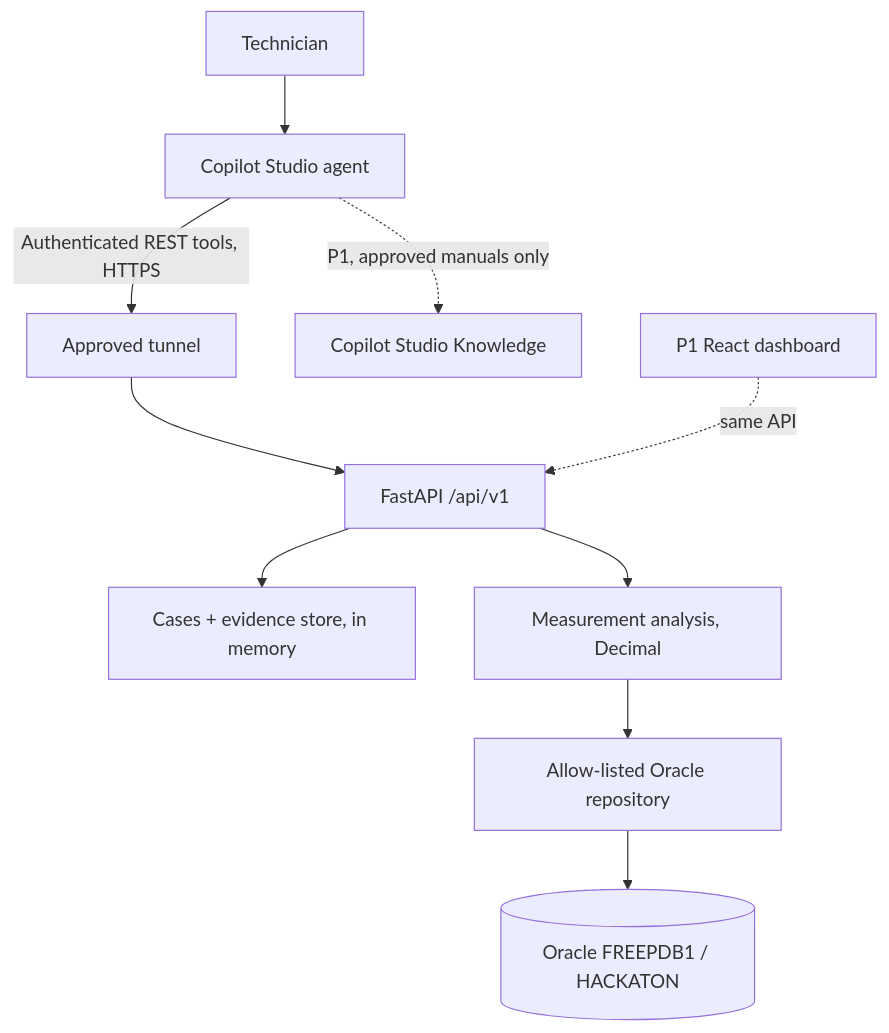
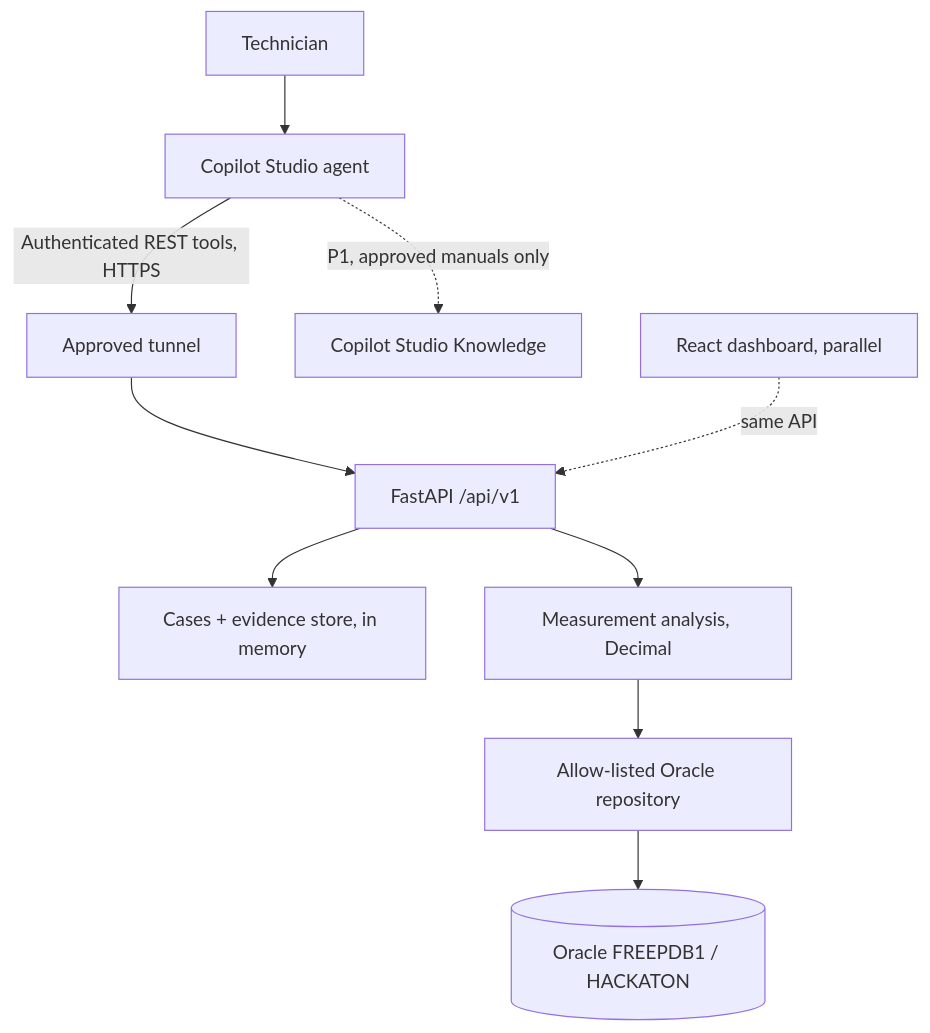
One commit to Sokotniuk/magna-trace changed the diagram in docs/architecture_v1.1.md. Above: the diagram before and after it, drawn with Mermaid. The commit also changed other lines of this file, not shown here.

````diff
--- a/docs/architecture_v1.1.md
+++ b/docs/architecture_v1.1.md
@@ -9,12 +9,12 @@
 ```mermaid
 flowchart TD
     T[Technician] --> C[Copilot Studio agent]
     C -->|Authenticated REST tools, HTTPS| H[Approved tunnel]
     H --> A[FastAPI /api/v1]
     A --> X[Cases + evidence store, in memory]
     A --> D[Measurement analysis, Decimal]
     D --> Q[Allow-listed Oracle repository]
     Q --> O[(Oracle FREEPDB1 / HACKATON)]
     C -.->|P1, approved manuals only| K[Copilot Studio Knowledge]
-    U[P1 React dashboard] -.->|same API| A
+    U[React dashboard, parallel] -.->|same API| A
 ```
````
